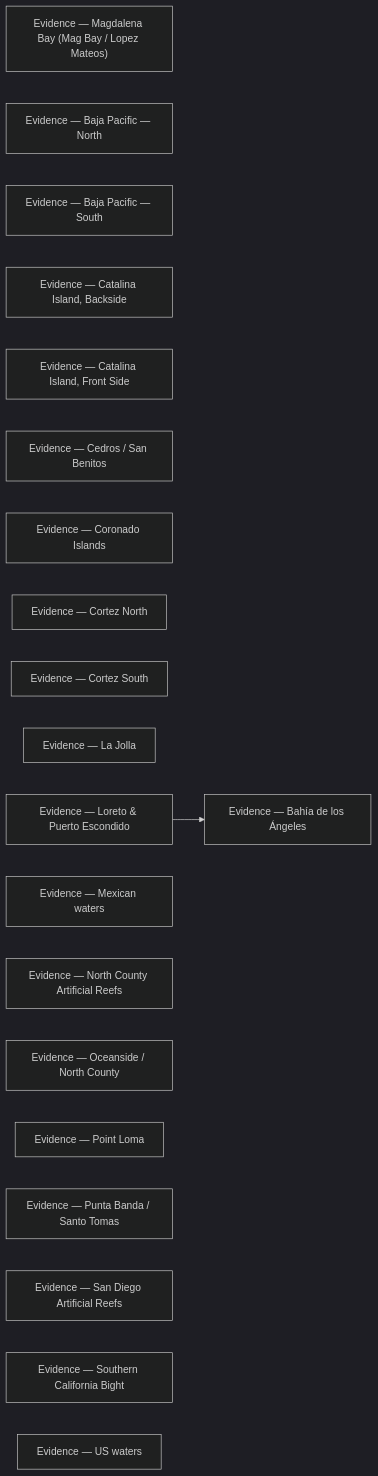
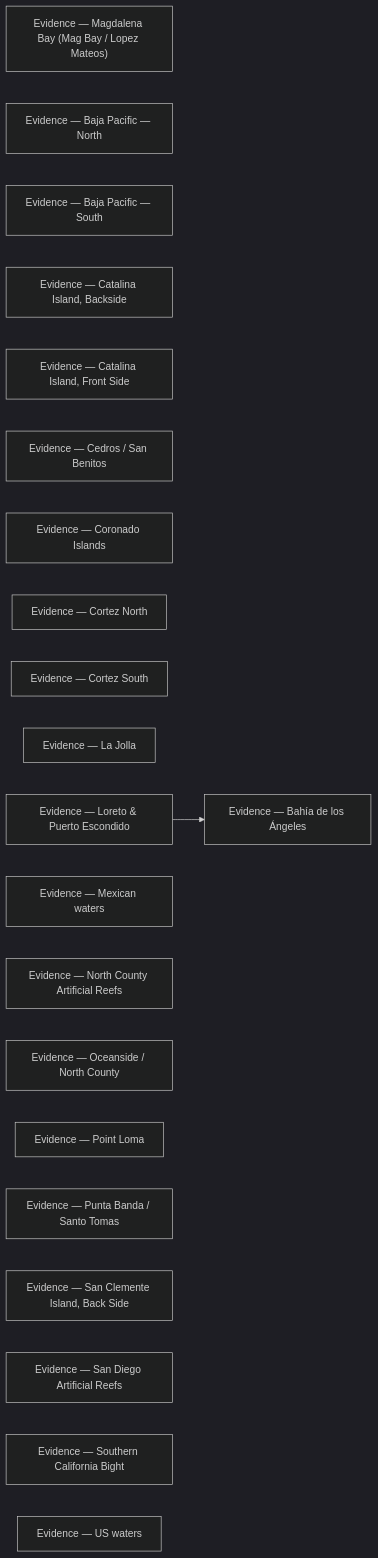
The diagram in locations/evidence/README.md (camchuckpete-max/Socal-Fishing-Knowledge), drawn with Mermaid (dark theme) before and after one commit. The commit also changed other lines of this file and 28 other files, not shown here.

Commit message:
review: locations/san-clemente-island-back-side.md — zone page

````diff
--- a/locations/evidence/README.md
+++ b/locations/evidence/README.md
@@ -33,24 +34,25 @@
 ```mermaid
 graph LR
   n0["Evidence — Bahía de los Ángeles"]
   n1["Evidence — Magdalena Bay (Mag Bay / Lopez Mateos)"]
   n2["Evidence — Baja Pacific — North"]
   n3["Evidence — Baja Pacific — South"]
   n4["Evidence — Catalina Island, Backside"]
   n5["Evidence — Catalina Island, Front Side"]
   n6["Evidence — Cedros / San Benitos"]
   n7["Evidence — Coronado Islands"]
   n8["Evidence — Cortez North"]
   n9["Evidence — Cortez South"]
   n10["Evidence — La Jolla"]
   n11["Evidence — Loreto & Puerto Escondido"]
   n12["Evidence — Mexican waters"]
   n13["Evidence — North County Artificial Reefs"]
   n14["Evidence — Oceanside / North County"]
   n15["Evidence — Point Loma"]
   n16["Evidence — Punta Banda / Santo Tomas"]
-  n17["Evidence — San Diego Artificial Reefs"]
-  n18["Evidence — Southern California Bight"]
-  n19["Evidence — US waters"]
+  n17["Evidence — San Clemente Island, Back Side"]
+  n18["Evidence — San Diego Artificial Reefs"]
+  n19["Evidence — Southern California Bight"]
+  n20["Evidence — US waters"]
   n11 --> n0
 ```
````
